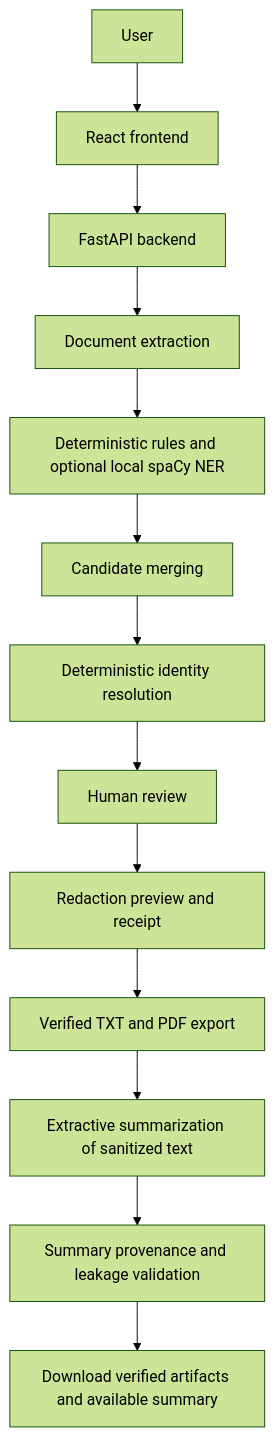
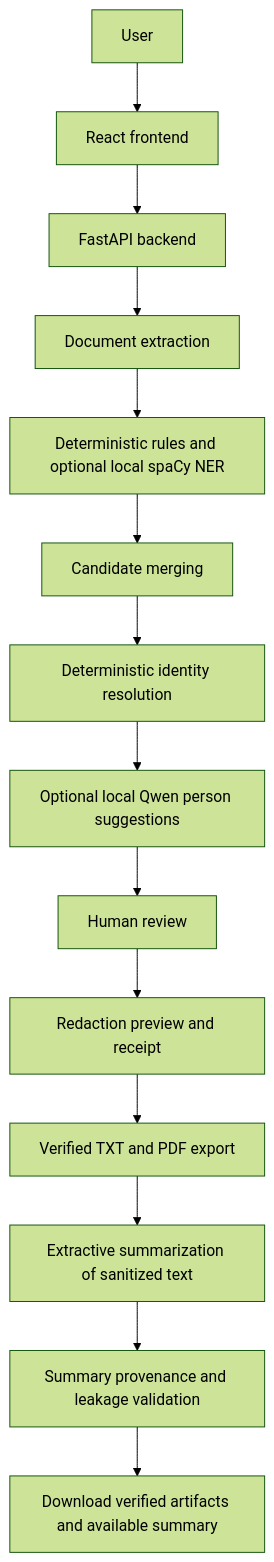
One commit to Source-harsh/YapShield changed the diagram in docs/ARCHITECTURE.md. Above: the diagram before and after it, drawn with Mermaid (forest theme). The commit also changed other lines of this file and 13 other files, not shown here.

Commit message:
Add optional local Qwen SLM detection to PrivyDoc

````diff
--- a/docs/ARCHITECTURE.md
+++ b/docs/ARCHITECTURE.md
@@ -5,15 +5,16 @@
 ```mermaid
 flowchart TD
     U[User] --> F[React frontend]
     F --> B[FastAPI backend]
     B --> X[Document extraction]
     X --> D[Deterministic rules and optional local spaCy NER]
     D --> M[Candidate merging]
     M --> I[Deterministic identity resolution]
-    I --> R[Human review]
+    I --> OQ[Optional local Qwen person suggestions]
+    OQ --> R[Human review]
     R --> P[Redaction preview and receipt]
     P --> E[Verified TXT and PDF export]
     E --> S[Extractive summarization of sanitized text]
     S --> V[Summary provenance and leakage validation]
     V --> O[Download verified artifacts and available summary]
 ```
````
